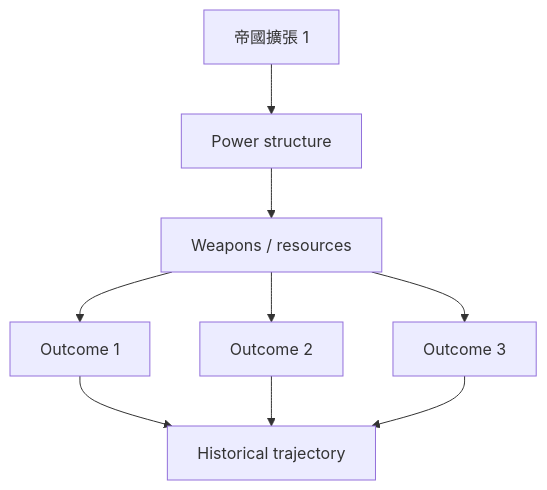
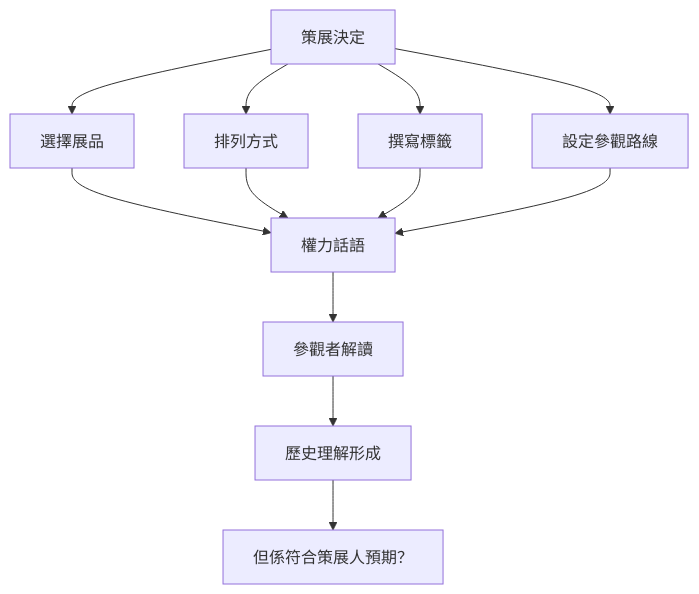
The fourth of 10 diagrams in 01_HKU_Courses/HIST4033_Museum_and_History.md (yip-lgtm/HKU-Harvard-History-Self-Study), drawn with Mermaid before and after one commit. The commit also changed other lines of this file and 65 other files, not shown here.

````diff
--- a/01_HKU_Courses/HIST4033_Museum_and_History.md
+++ b/01_HKU_Courses/HIST4033_Museum_and_History.md
@@ -224,11 +240,14 @@
 ```mermaid
-graph TD
-    A[帝國擴張 1] --> B[Power structure]
-    B --> C[Weapons / resources]
-    C --> D[Outcome 1]
-    C --> E[Outcome 2]
-    C --> F[Outcome 3]
-    D --> G[Historical trajectory]
-    E --> G
-    F --> G
+flowchart TD
+    A[策展決定] --> B[選擇展品]
+    A --> C[排列方式]
+    A --> D[撰寫標籤]
+    A --> E[設定參觀路線]
+    B --> F[權力話語]
+    C --> F
+    D --> F
+    E --> F
+    F --> G[參觀者解讀]
+    G --> H[歷史理解形成]
+    H --> I[但係符合策展人預期？]
 ```
````
